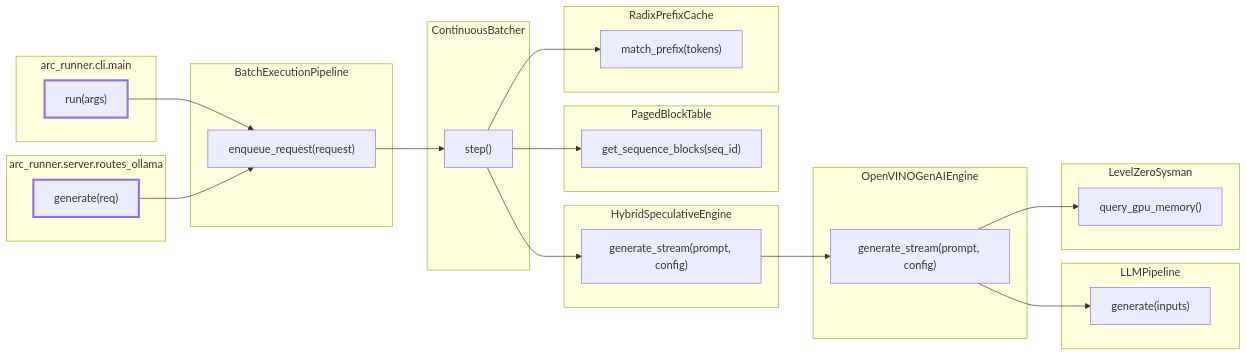
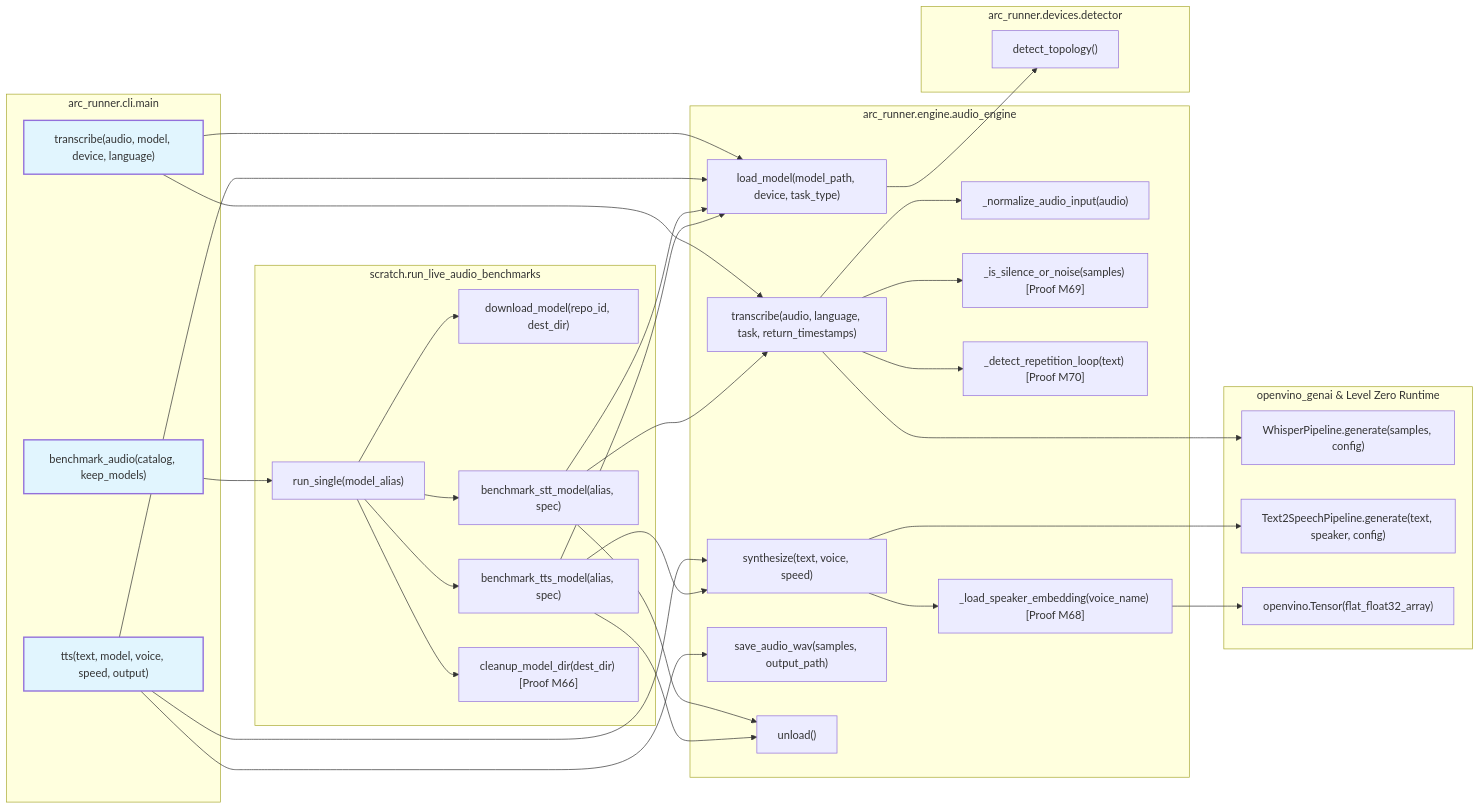
Before and after one commit to techdeveloper-org/intel-arc-models-runner: diagram 13 of 13 in docs/diagrams/README.md, drawn with Mermaid. The commit also changed other lines of this file and 26 other files, not shown here.

First line of the commit message:
feat(diagrams): synchronize full 13-diagram architecture suite with audio engine (fixes #26)

````diff
--- a/docs/diagrams/README.md
+++ b/docs/diagrams/README.md
@@ -638,44 +987,72 @@
 ```mermaid
 flowchart LR
-    subgraph BatchExecutionPipeline_group[BatchExecutionPipeline]
-        arc_runner_server_batch_pipeline__BatchExecutionPipeline_enqueue_request["enqueue_request(request)"]
+    subgraph arc_runner_cli_main_group[arc_runner.cli.main]
+        arc_runner_cli_main__transcribe["transcribe(audio, model, device, language)"]
+        arc_runner_cli_main__tts["tts(text, model, voice, speed, output)"]
+        arc_runner_cli_main__benchmark_audio["benchmark_audio(catalog, keep_models)"]
     end
-    subgraph ContinuousBatcher_group[ContinuousBatcher]
-        arc_runner_engine_continuous_batcher__ContinuousBatcher_step["step()"]
+
+    subgraph scratch_live_benchmarks_group[scratch.run_live_audio_benchmarks]
+        scratch__SequentialAudioBenchmark_run_single["run_single(model_alias)"]
+        scratch__SequentialAudioBenchmark_download_model["download_model(repo_id, dest_dir)"]
+        scratch__SequentialAudioBenchmark_benchmark_stt["benchmark_stt_model(alias, spec)"]
+        scratch__SequentialAudioBenchmark_benchmark_tts["benchmark_tts_model(alias, spec)"]
+        scratch__SequentialAudioBenchmark_cleanup["cleanup_model_dir(dest_dir) [Proof M66]"]
     end
-    subgraph HybridSpeculativeEngine_group[HybridSpeculativeEngine]
-        arc_runner_engine_speculative_engine__HybridSpeculativeEngine_generate_stream["generate_stream(prompt, config)"]
+
+    subgraph arc_runner_engine_audio_engine_group[arc_runner.engine.audio_engine]
+        AudioEngine__load_model["load_model(model_path, device, task_type)"]
+        AudioEngine__transcribe["transcribe(audio, language, task, return_timestamps)"]
+        AudioEngine__synthesize["synthesize(text, voice, speed)"]
+        AudioEngine___normalize_audio_input["_normalize_audio_input(audio)"]
+        AudioEngine___is_silence_or_noise["_is_silence_or_noise(samples) [Proof M69]"]
+        AudioEngine___detect_repetition_loop["_detect_repetition_loop(text) [Proof M70]"]
+        AudioEngine___load_speaker_embedding["_load_speaker_embedding(voice_name) [Proof M68]"]
+        AudioEngine__save_audio_wav["save_audio_wav(samples, output_path)"]
+        AudioEngine__unload["unload()"]
     end
-    subgraph LLMPipeline_group[LLMPipeline]
-        openvino_genai__LLMPipeline_generate["generate(inputs)"]
+
+    subgraph openvino_genai_group[openvino_genai & Level Zero Runtime]
+        ov_genai__WhisperPipeline_generate["WhisperPipeline.generate(samples, config)"]
+        ov_genai__Text2SpeechPipeline_generate["Text2SpeechPipeline.generate(text, speaker, config)"]
+        openvino__Tensor["openvino.Tensor(flat_float32_array)"]
     end
-    subgraph LevelZeroSysman_group[LevelZeroSysman]
-        arc_runner_devices_sysman__LevelZeroSysman_query_gpu_memory["query_gpu_memory()"]
+
+    subgraph arc_runner_devices_detector_group[arc_runner.devices.detector]
+        DeviceDetector__detect_topology["detect_topology()"]
     end
-    subgraph OpenVINOGenAIEngine_group[OpenVINOGenAIEngine]
-        arc_runner_engine_openvino_engine__OpenVINOGenAIEngine_generate_stream["generate_stream(prompt, config)"]
-    end
-    subgraph PagedBlockTable_group[PagedBlockTable]
-        arc_runner_engine_paged_attention__PagedBlockTable_get_sequence_blocks["get_sequence_blocks(seq_id)"]
-    end
-    subgraph RadixPrefixCache_group[RadixPrefixCache]
-        arc_runner_engine_paged_attention__RadixPrefixCache_match_prefix["match_prefix(tokens)"]
-    end
-    subgraph arc_runner_cli_main_group[arc_runner.cli.main]
-        arc_runner_cli_main__run["run(args)"]
-    end
-    subgraph arc_runner_server_routes_ollama_group[arc_runner.server.routes_ollama]
-        arc_runner_server_routes_ollama__generate["generate(req)"]
-    end
-    arc_runner_cli_main__run --> arc_runner_server_batch_pipeline__BatchExecutionPipeline_enqueue_request
-    arc_runner_server_routes_ollama__generate --> arc_runner_server_batch_pipeline__BatchExecutionPipeline_enqueue_request
-    arc_runner_server_batch_pipeline__BatchExecutionPipeline_enqueue_request --> arc_runner_engine_continuous_batcher__ContinuousBatcher_step
-    arc_runner_engine_continuous_batcher__ContinuousBatcher_step --> arc_runner_engine_paged_attention__PagedBlockTable_get_sequence_blocks
-    arc_runner_engine_continuous_batcher__ContinuousBatcher_step --> arc_runner_engine_paged_attention__RadixPrefixCache_match_prefix
-    arc_runner_engine_continuous_batcher__ContinuousBatcher_step --> arc_runner_engine_speculative_engine__HybridSpeculativeEngine_generate_stream
-    arc_runner_engine_speculative_engine__HybridSpeculativeEngine_generate_stream --> arc_runner_engine_openvino_engine__OpenVINOGenAIEngine_generate_stream
-    arc_runner_engine_openvino_engine__OpenVINOGenAIEngine_generate_stream --> openvino_genai__LLMPipeline_generate
-    arc_runner_engine_openvino_engine__OpenVINOGenAIEngine_generate_stream --> arc_runner_devices_sysman__LevelZeroSysman_query_gpu_memory
-    style arc_runner_cli_main__run stroke-width:3px
-    style arc_runner_server_routes_ollama__generate stroke-width:3px
+
+    %% CLI Invocations
+    arc_runner_cli_main__transcribe --> AudioEngine__load_model
+    arc_runner_cli_main__transcribe --> AudioEngine__transcribe
+    arc_runner_cli_main__tts --> AudioEngine__load_model
+    arc_runner_cli_main__tts --> AudioEngine__synthesize
+    arc_runner_cli_main__tts --> AudioEngine__save_audio_wav
+    arc_runner_cli_main__benchmark_audio --> scratch__SequentialAudioBenchmark_run_single
+
+    %% Sequential Benchmark Harness Execution
+    scratch__SequentialAudioBenchmark_run_single --> scratch__SequentialAudioBenchmark_download_model
+    scratch__SequentialAudioBenchmark_run_single --> scratch__SequentialAudioBenchmark_benchmark_stt
+    scratch__SequentialAudioBenchmark_run_single --> scratch__SequentialAudioBenchmark_benchmark_tts
+    scratch__SequentialAudioBenchmark_benchmark_stt --> AudioEngine__load_model
+    scratch__SequentialAudioBenchmark_benchmark_stt --> AudioEngine__transcribe
+    scratch__SequentialAudioBenchmark_benchmark_stt --> AudioEngine__unload
+    scratch__SequentialAudioBenchmark_benchmark_tts --> AudioEngine__load_model
+    scratch__SequentialAudioBenchmark_benchmark_tts --> AudioEngine__synthesize
+    scratch__SequentialAudioBenchmark_benchmark_tts --> AudioEngine__unload
+    scratch__SequentialAudioBenchmark_run_single --> scratch__SequentialAudioBenchmark_cleanup
+
+    %% Engine Internal Orchestration
+    AudioEngine__load_model --> DeviceDetector__detect_topology
+    AudioEngine__transcribe --> AudioEngine___normalize_audio_input
+    AudioEngine__transcribe --> AudioEngine___is_silence_or_noise
+    AudioEngine__transcribe --> ov_genai__WhisperPipeline_generate
+    AudioEngine__transcribe --> AudioEngine___detect_repetition_loop
+    AudioEngine__synthesize --> AudioEngine___load_speaker_embedding
+    AudioEngine___load_speaker_embedding --> openvino__Tensor
+    AudioEngine__synthesize --> ov_genai__Text2SpeechPipeline_generate
+
+    style arc_runner_cli_main__transcribe stroke-width:2px,fill:#e1f5fe
+    style arc_runner_cli_main__tts stroke-width:2px,fill:#e1f5fe
+    style arc_runner_cli_main__benchmark_audio stroke-width:2px,fill:#e1f5fe
 ```
````
